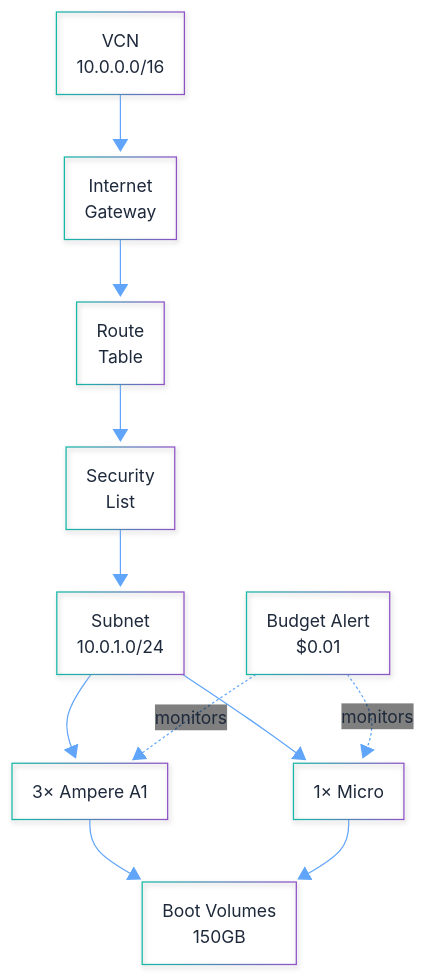
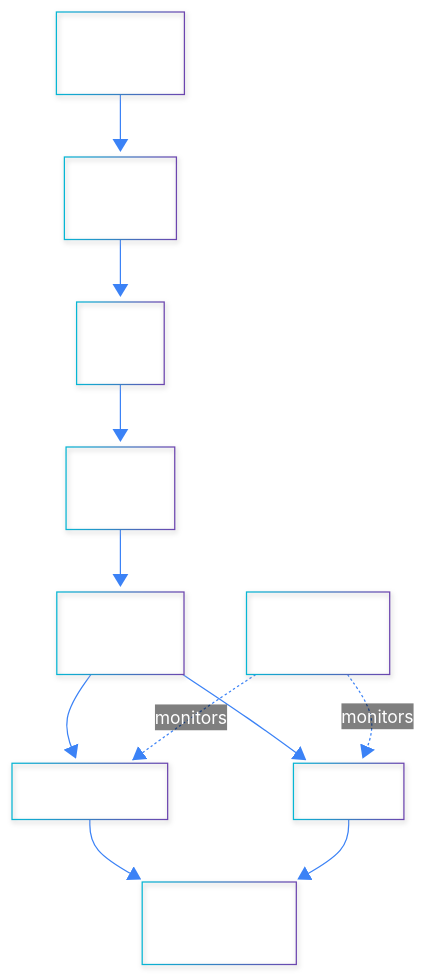
Before and after one commit to syscode-labs/oci-free-tier-manager: diagram 11 of 18 in docs/ARCHITECTURE-DIAGRAMS.md, drawn with Mermaid. The commit also changed other lines of this file and 1 other file, not shown here.

First line of the commit message:
fix: complete diagram color overhaul for light/dark theme compatibility

````diff
--- a/docs/ARCHITECTURE-DIAGRAMS.md
+++ b/docs/ARCHITECTURE-DIAGRAMS.md
@@ -712,54 +712,54 @@
 ```mermaid
 ---
 config:
   look: neo
   theme: base
   themeVariables:
-    primaryColor: "#2dd4bf"
-    primaryTextColor: "#1e293b"
-    primaryBorderColor: "#14b8a6"
-    secondaryColor: "#a855f7"
-    tertiaryColor: "#f59e0b"
+    primaryColor: "#0891b2"
+    primaryTextColor: "#ffffff"
+    primaryBorderColor: "#06b6d4"
+    secondaryColor: "#7c3aed"
+    tertiaryColor: "#d97706"
     background: "transparent"
     mainBkg: "transparent"
-    secondBkg: "#f1f5f9"
-    lineColor: "#60a5fa"
-    border1: "#60a5fa"
-    border2: "#60a5fa"
-    arrowheadColor: "#60a5fa"
+    secondBkg: "transparent"
+    lineColor: "#3b82f6"
+    border1: "#3b82f6"
+    border2: "#3b82f6"
+    arrowheadColor: "#3b82f6"
     fontFamily: "arial"
     fontSize: "14px"
     labelBackground: "transparent"
-    textColor: "#64748b"
-    nodeBorder: "#60a5fa"
-    clusterBkg: "#f8fafc"
-    clusterBorder: "#60a5fa"
+    textColor: "#94a3b8"
+    nodeBorder: "#3b82f6"
+    clusterBkg: "transparent"
+    clusterBorder: "#3b82f6"
     edgeLabelBackground: "transparent"
-    actorBorder: "#60a5fa"
-    actorBkg: "#e0f2fe"
-    actorTextColor: "#1e293b"
-    actorLineColor: "#60a5fa"
-    signalColor: "#60a5fa"
-    signalTextColor: "#1e293b"
-    labelBoxBkgColor: "#e0f2fe"
-    labelBoxBorderColor: "#60a5fa"
-    labelTextColor: "#1e293b"
+    actorBorder: "#3b82f6"
+    actorBkg: "#0891b2"
+    actorTextColor: "#ffffff"
+    actorLineColor: "#3b82f6"
+    signalColor: "#3b82f6"
+    signalTextColor: "#ffffff"
+    labelBoxBkgColor: "#0891b2"
+    labelBoxBorderColor: "#3b82f6"
+    labelTextColor: "#ffffff"
   flowchart:
     useMaxWidth: true
     htmlLabels: true
     curve: basis
 ---
 graph TB
     VCN["VCN<br/>10.0.0.0/16"] --> IGW["Internet<br/>Gateway"]
     IGW --> RT["Route<br/>Table"]
     RT --> SL["Security<br/>List"]
     SL --> Subnet["Subnet<br/>10.0.1.0/24"]
     
     Subnet --> Ampere["3× Ampere A1"]
     Subnet --> Micro["1× Micro"]
     
     Ampere --> Storage["Boot Volumes<br/>150GB"]
     Micro --> Storage
     
     Budget["Budget Alert<br/>$0.01"] -.monitors.-> Ampere & Micro
 ```
````
